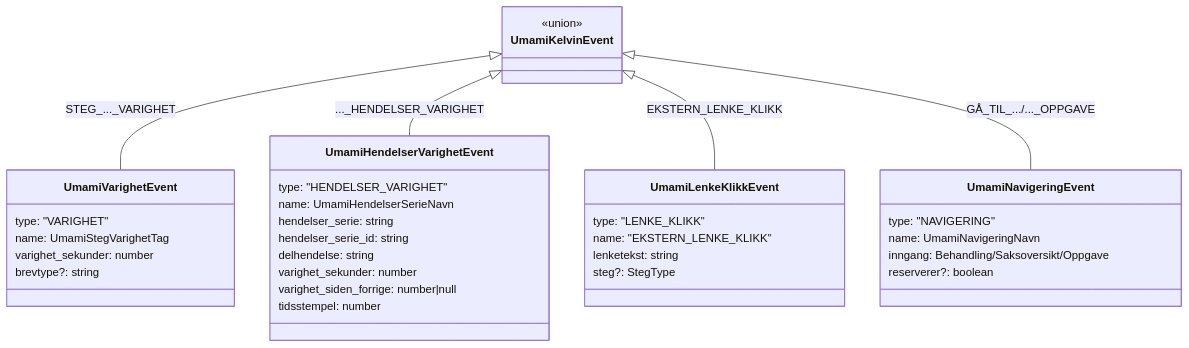
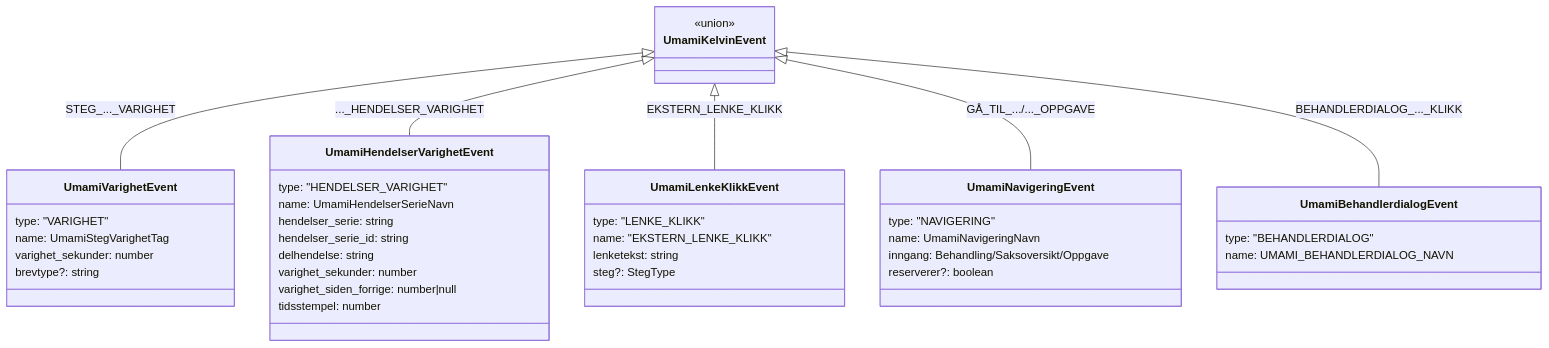
One commit to navikt/aap-saksbehandling changed the diagram in umami-event-types.md. Above: the diagram before and after it, drawn with Mermaid. The commit also changed other lines of this file and 5 other files, not shown here.

````diff
--- a/umami-event-types.md
+++ b/umami-event-types.md
@@ -5,38 +5,43 @@
 ```mermaid
 classDiagram
   class UmamiKelvinEvent {
     <<union>>
   }
   class UmamiVarighetEvent {
     type: "VARIGHET"
     name: UmamiStegVarighetTag
     varighet_sekunder: number
     brevtype?: string
   }
   class UmamiHendelserVarighetEvent {
     type: "HENDELSER_VARIGHET"
     name: UmamiHendelserSerieNavn
     hendelser_serie: string
     hendelser_serie_id: string
     delhendelse: string
     varighet_sekunder: number
     varighet_siden_forrige: number|null
     tidsstempel: number
   }
   class UmamiLenkeKlikkEvent {
     type: "LENKE_KLIKK"
     name: "EKSTERN_LENKE_KLIKK"
     lenketekst: string
     steg?: StegType
   }
   class UmamiNavigeringEvent {
     type: "NAVIGERING"
     name: UmamiNavigeringNavn
     inngang: Behandling/Saksoversikt/Oppgave
     reserverer?: boolean
   }
+  class UmamiBehandlerdialogEvent {
+    type: "BEHANDLERDIALOG"
+    name: UMAMI_BEHANDLERDIALOG_NAVN
+  }
   UmamiKelvinEvent <|-- UmamiVarighetEvent : STEG_..._VARIGHET
   UmamiKelvinEvent <|-- UmamiHendelserVarighetEvent : ..._HENDELSER_VARIGHET
   UmamiKelvinEvent <|-- UmamiLenkeKlikkEvent : EKSTERN_LENKE_KLIKK
   UmamiKelvinEvent <|-- UmamiNavigeringEvent : GÅ_TIL_.../..._OPPGAVE
+  UmamiKelvinEvent <|-- UmamiBehandlerdialogEvent : BEHANDLERDIALOG_..._KLIKK
 ```
````
